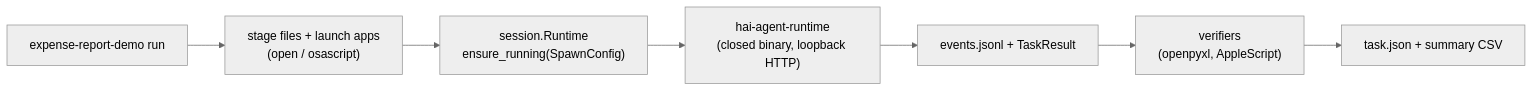
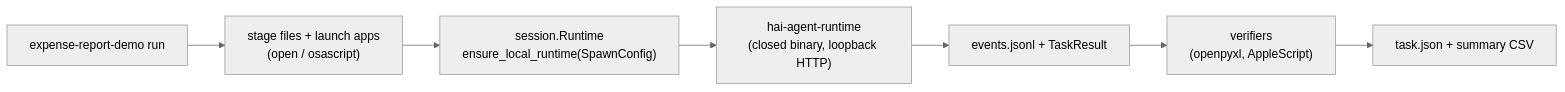
Before and after one commit to hcompai/holo-desktop-cli: the diagram in examples/expense_report/README.md, drawn with Mermaid (neutral theme). The commit also changed other lines of this file and 9 other files, not shown here.

````diff
--- a/examples/expense_report/README.md
+++ b/examples/expense_report/README.md
@@ -13,9 +13,9 @@
 ```mermaid
 flowchart LR
     cli["expense-report-demo run"] --> setup["stage files + launch apps<br/>(open / osascript)"]
-    setup --> rt["session.Runtime<br/>ensure_running(SpawnConfig)"]
+    setup --> rt["session.Runtime<br/>ensure_local_runtime(SpawnConfig)"]
     rt --> bin["hai-agent-runtime<br/>(closed binary, loopback HTTP)"]
     bin --> events["events.jsonl + TaskResult"]
     events --> verify["verifiers<br/>(openpyxl, AppleScript)"]
     verify --> out["task.json + summary CSV"]
 ```
````
